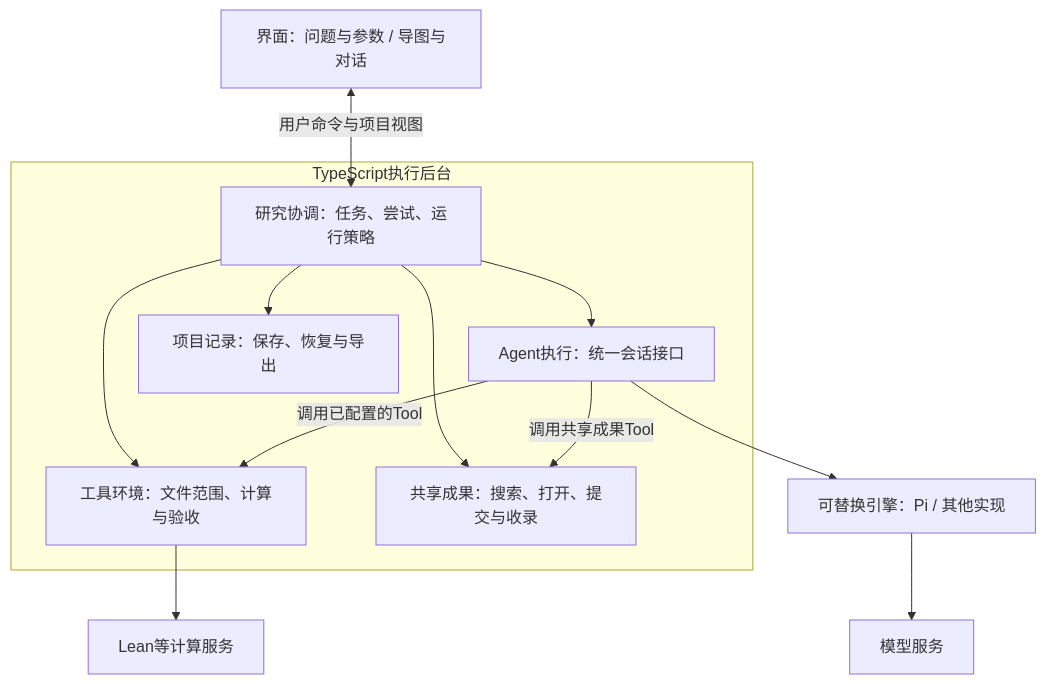
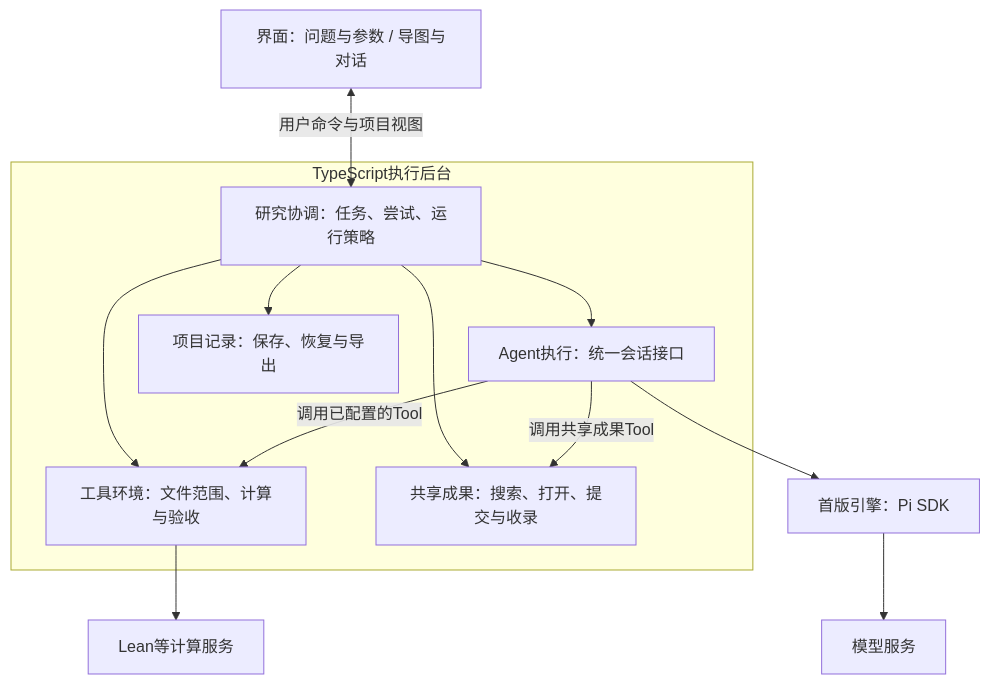
Before and after one commit to Vist233/ParrelSolveInstantProblem: the diagram in docs/architecture.md, drawn with Mermaid. The commit also changed other lines of this file and 6 other files, not shown here.

````diff
--- a/docs/architecture.md
+++ b/docs/architecture.md
@@ -20,21 +20,21 @@
 ```mermaid
 flowchart TB
     UI["界面：问题与参数 / 导图与对话"]
     subgraph Backend["TypeScript执行后台"]
         C["研究协调：任务、尝试、运行策略"]
         A["Agent执行：统一会话接口"]
         T["工具环境：文件范围、计算与验收"]
         K["共享成果：搜索、打开、提交与收录"]
         P["项目记录：保存、恢复与导出"]
         C --> A
         C --> T
         C --> K
         C --> P
         A -->|"调用已配置的Tool"| T
         A -->|"调用共享成果Tool"| K
     end
     UI <-->|"用户命令与项目视图"| C
-    A --> E["可替换引擎：Pi / 其他实现"]
+    A --> E["首版引擎：Pi SDK"]
     E --> M["模型服务"]
     T --> X["Lean等计算服务"]
 ```
````
